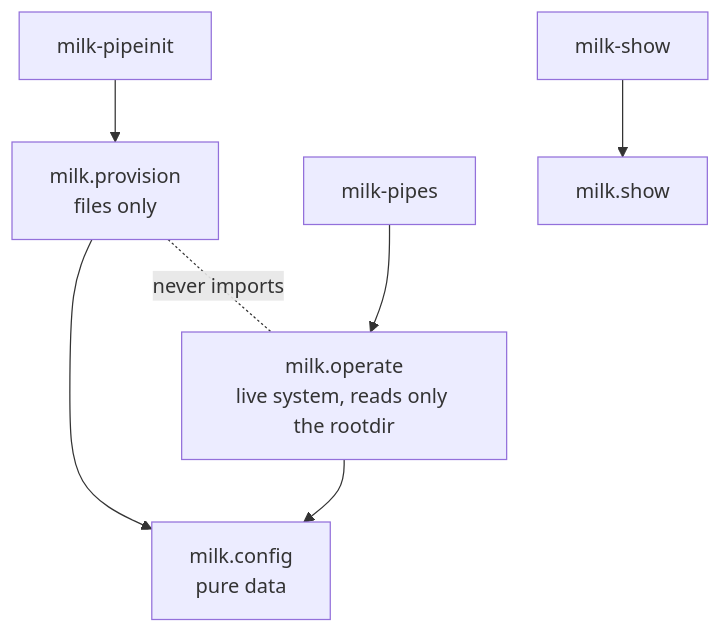
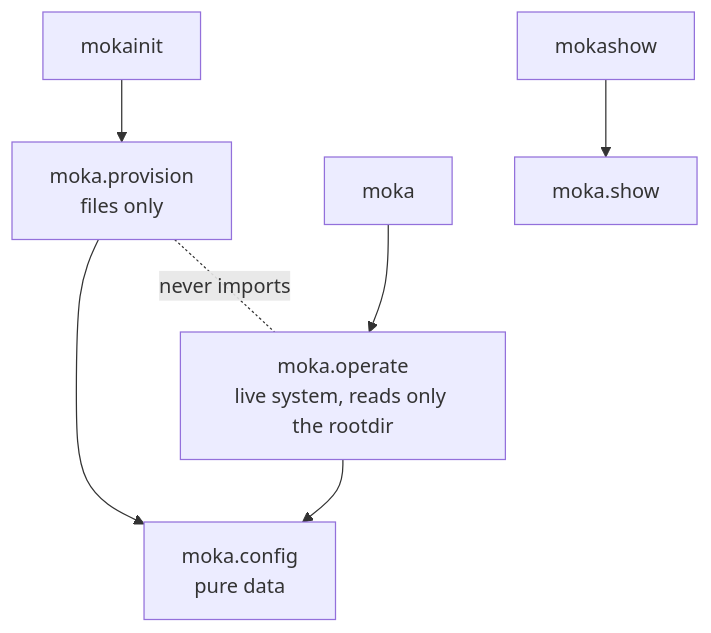
One commit to milk-org/milk changed the first of 2 diagrams in docs/guide/pipelines_internals.md. Above: the diagram before and after it, drawn with Mermaid. The commit also changed other lines of this file and 76 other files, not shown here.

````diff
--- a/docs/guide/pipelines_internals.md
+++ b/docs/guide/pipelines_internals.md
@@ -24,9 +24,9 @@
 ```mermaid
 flowchart TD
-    PI["milk-pipeinit"] --> PR["milk.provision<br/>files only"]
-    PP["milk-pipes"] --> OP["milk.operate<br/>live system, reads only the rootdir"]
-    MS["milk-show"] --> SH["milk.show"]
-    PR --> CF["milk.config<br/>pure data"]
+    PI["mokainit"] --> PR["moka.provision<br/>files only"]
+    PP["moka"] --> OP["moka.operate<br/>live system, reads only the rootdir"]
+    MS["mokashow"] --> SH["moka.show"]
+    PR --> CF["moka.config<br/>pure data"]
     OP --> CF
     PR -. "never imports" .- OP
 ```
````
